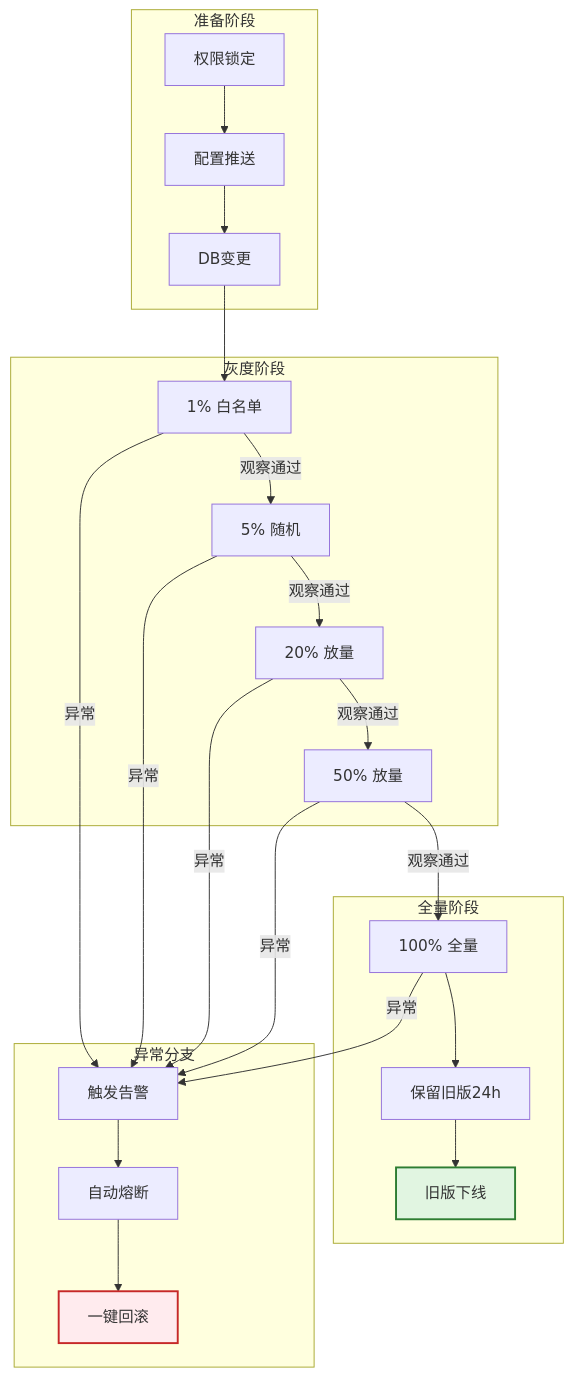
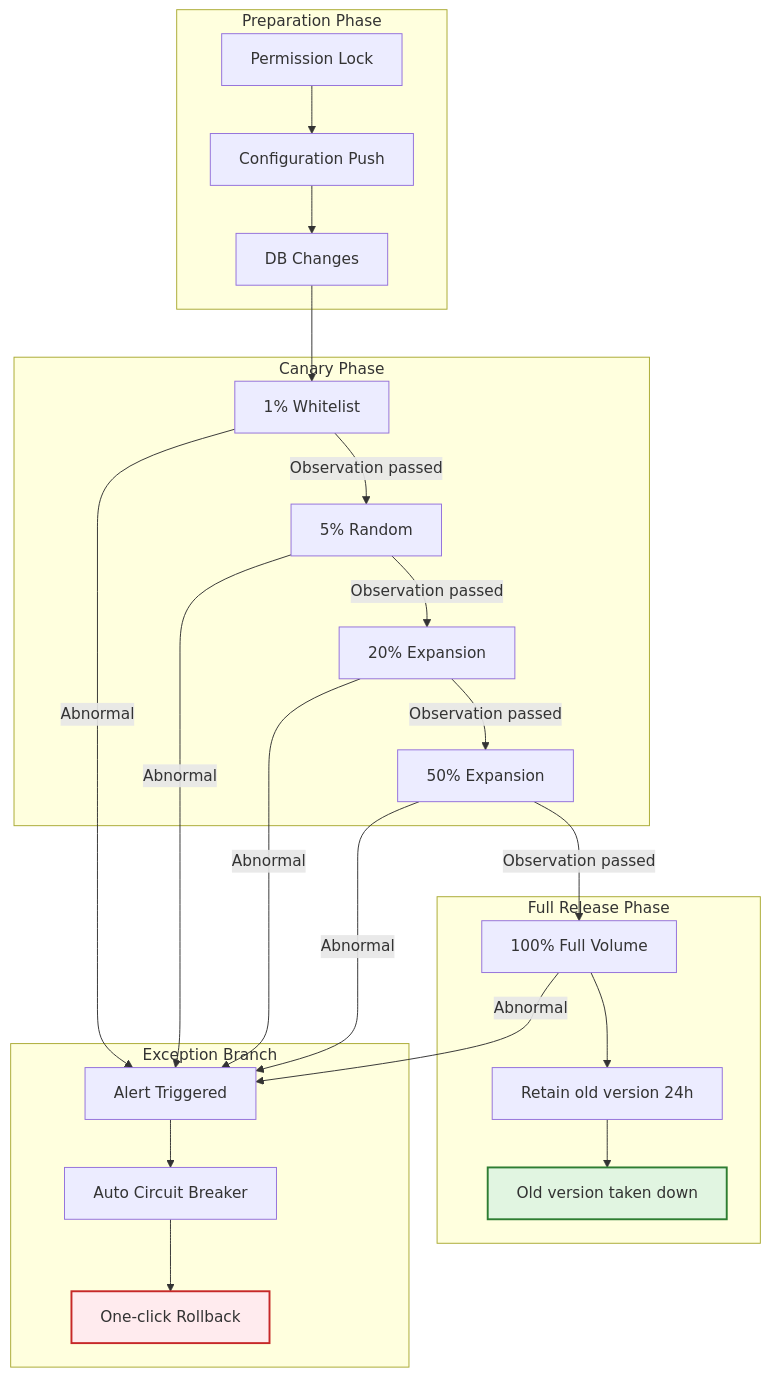
One commit to Kirky-X/cangjie changed the fourth of 8 diagrams in templates/产品/交付层/【模板】发布计划文档.md. Above: the diagram before and after it, drawn with Mermaid. The commit also changed other lines of this file and 60 other files, not shown here.

````diff
--- a/templates/产品/交付层/【模板】发布计划文档.md
+++ b/templates/产品/交付层/【模板】发布计划文档.md
@@ -343,45 +343,45 @@
 ```mermaid
 flowchart TD
-    subgraph 准备阶段
-        P1[权限锁定]
-        P2[配置推送]
-        P3[DB变更]
+    subgraph Preparation Phase
+        P1[Permission Lock]
+        P2[Configuration Push]
+        P3[DB Changes]
     end
 
-    subgraph 灰度阶段
-        G1[1% 白名单]
-        G2[5% 随机]
-        G3[20% 放量]
-        G4[50% 放量]
+    subgraph Canary Phase
+        G1[1% Whitelist]
+        G2[5% Random]
+        G3[20% Expansion]
+        G4[50% Expansion]
     end
 
-    subgraph 全量阶段
-        F1[100% 全量]
-        F2[保留旧版24h]
-        F3[旧版下线]
+    subgraph Full Release Phase
+        F1[100% Full Volume]
+        F2[Retain old version 24h]
+        F3[Old version taken down]
     end
 
-    subgraph 异常分支
-        E1[触发告警]
-        E2[自动熔断]
-        E3[一键回滚]
+    subgraph Exception Branch
+        E1[Alert Triggered]
+        E2[Auto Circuit Breaker]
+        E3[One-click Rollback]
     end
 
     P1 --> P2 --> P3 --> G1
-    G1 -->|观察通过| G2
-    G2 -->|观察通过| G3
-    G3 -->|观察通过| G4
-    G4 -->|观察通过| F1
+    G1 -->|Observation passed| G2
+    G2 -->|Observation passed| G3
+    G3 -->|Observation passed| G4
+    G4 -->|Observation passed| F1
     F1 --> F2 --> F3
 
-    G1 --> |异常| E1
-    G2 --> |异常| E1
-    G3 --> |异常| E1
-    G4 --> |异常| E1
-    F1 --> |异常| E1
+    G1 -->|Abnormal| E1
+    G2 -->|Abnormal| E1
+    G3 -->|Abnormal| E1
+    G4 -->|Abnormal| E1
+    F1 -->|Abnormal| E1
     E1 --> E2
     E2 --> E3
 
     style F3 fill:#e1f5e1,stroke:#2e7d32,stroke-width:2px
     style E3 fill:#ffebee,stroke:#c62828,stroke-width:2px
 ```
````
